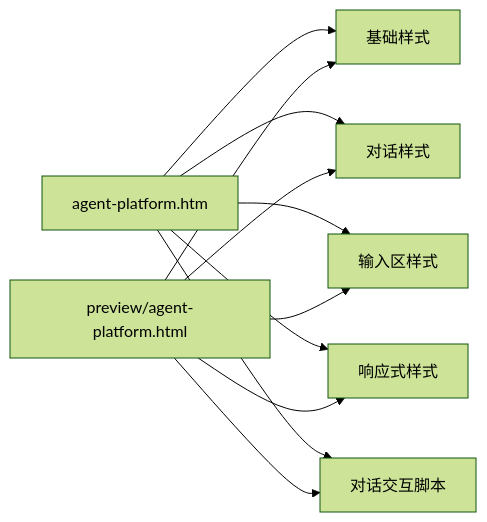
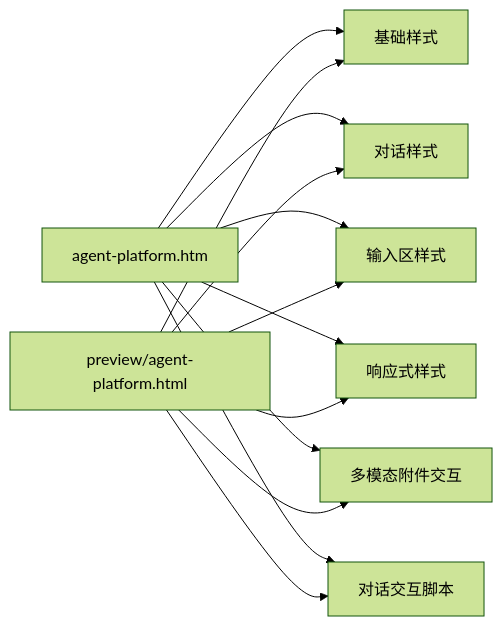
Before and after one commit to yiting001/agent: the first of 3 diagrams in docs/modules/agent-eyoucms-page.md, drawn with Mermaid (forest theme). The commit also changed other lines of this file and 12 other files, not shown here.

````diff
--- a/docs/modules/agent-eyoucms-page.md
+++ b/docs/modules/agent-eyoucms-page.md
@@ -46,21 +48,24 @@
 ```mermaid
 flowchart LR
   Eyou[agent-platform.htm]
   Preview[preview/agent-platform.html]
   Foundation[基础样式]
   Chat[对话样式]
   Composer[输入区样式]
   Responsive[响应式样式]
+  Attachments[多模态附件交互]
   Script[对话交互脚本]
 
   Eyou --> Foundation
   Eyou --> Chat
   Eyou --> Composer
   Eyou --> Responsive
+  Eyou --> Attachments
   Eyou --> Script
   Preview --> Foundation
   Preview --> Chat
   Preview --> Composer
   Preview --> Responsive
+  Preview --> Attachments
   Preview --> Script
 ```
````
